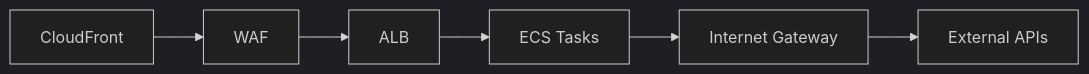
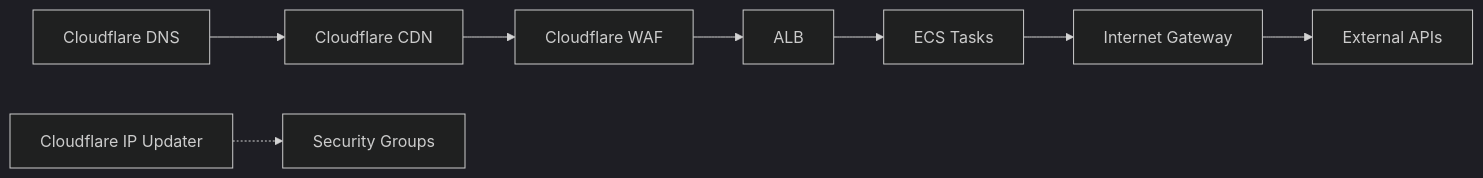
Before and after one commit to laialex501/lorechat-cdk: the second of 6 diagrams in README.md, drawn with Mermaid (dark theme). The commit also changed other lines of this file and 9 other files, not shown here.

Commit message:
Migrate from CloudFront to Cloudflare

````diff
--- a/README.md
+++ b/README.md
@@ -130,8 +133,10 @@
 ```mermaid
 graph LR
-    A[CloudFront] --> B[WAF]
-    B --> C[ALB]
-    C --> D[ECS Tasks]
-    D --> E[Internet Gateway]
-    E --> F[External APIs]
+    A[Cloudflare DNS] --> B[Cloudflare CDN]
+    B --> C[Cloudflare WAF]
+    C --> D[ALB]
+    D --> E[ECS Tasks]
+    E --> F[Internet Gateway]
+    F --> G[External APIs]
+    H[Cloudflare IP Updater] -.-> I[Security Groups]
 ```
````
